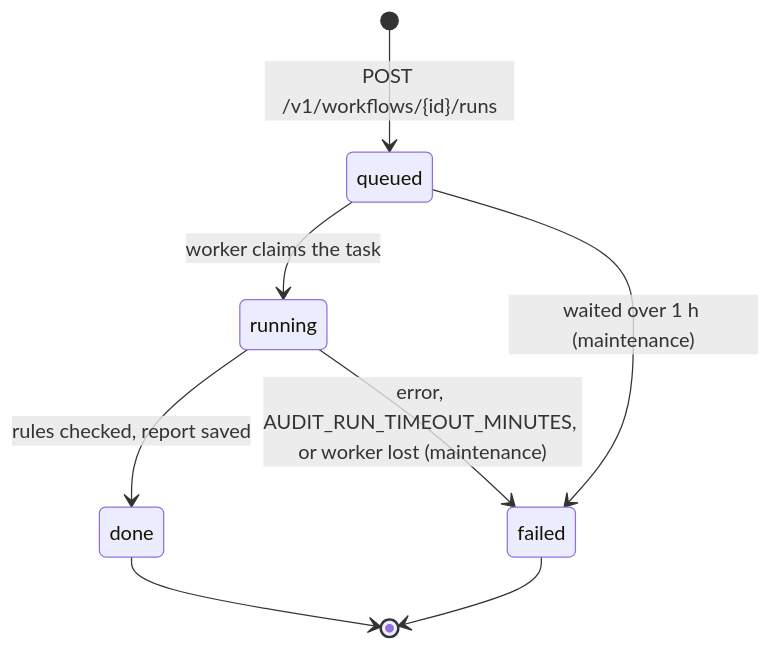
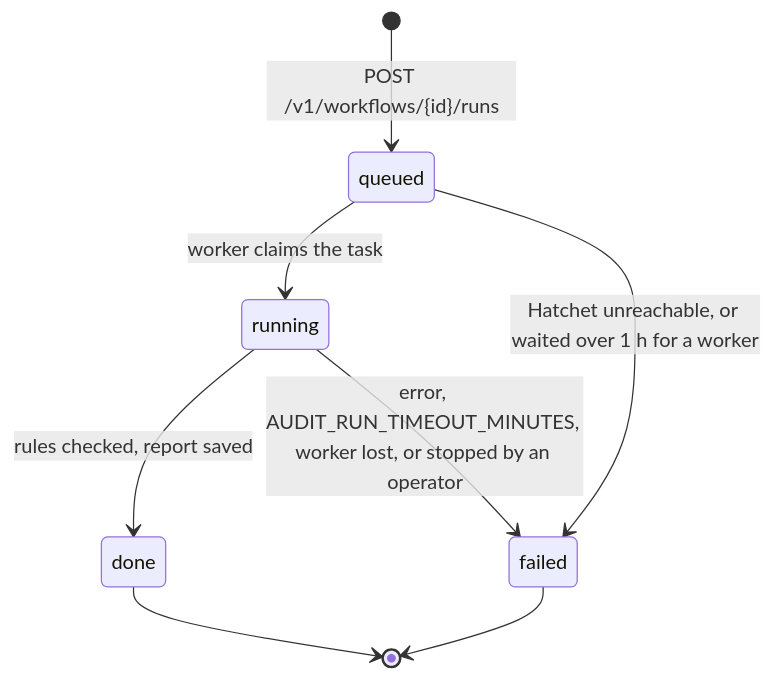
Before and after one commit to MehdiGououiad/repody: the first of 4 diagrams in docs/LIFECYCLES.md, drawn with Mermaid. The commit also changed other lines of this file and 117 other files, not shown here.

````diff
--- a/docs/LIFECYCLES.md
+++ b/docs/LIFECYCLES.md
@@ -22,10 +22,10 @@
 ```mermaid
 stateDiagram-v2
   [*] --> queued: POST /v1/workflows/{id}/runs
   queued --> running: worker claims the task
-  queued --> failed: waited over 1 h (maintenance)
+  queued --> failed: Hatchet unreachable, or waited over 1 h for a worker
   running --> done: rules checked, report saved
-  running --> failed: error, AUDIT_RUN_TIMEOUT_MINUTES, or worker lost (maintenance)
+  running --> failed: error, AUDIT_RUN_TIMEOUT_MINUTES, worker lost, or stopped by an operator
   done --> [*]
   failed --> [*]
 ```
````
